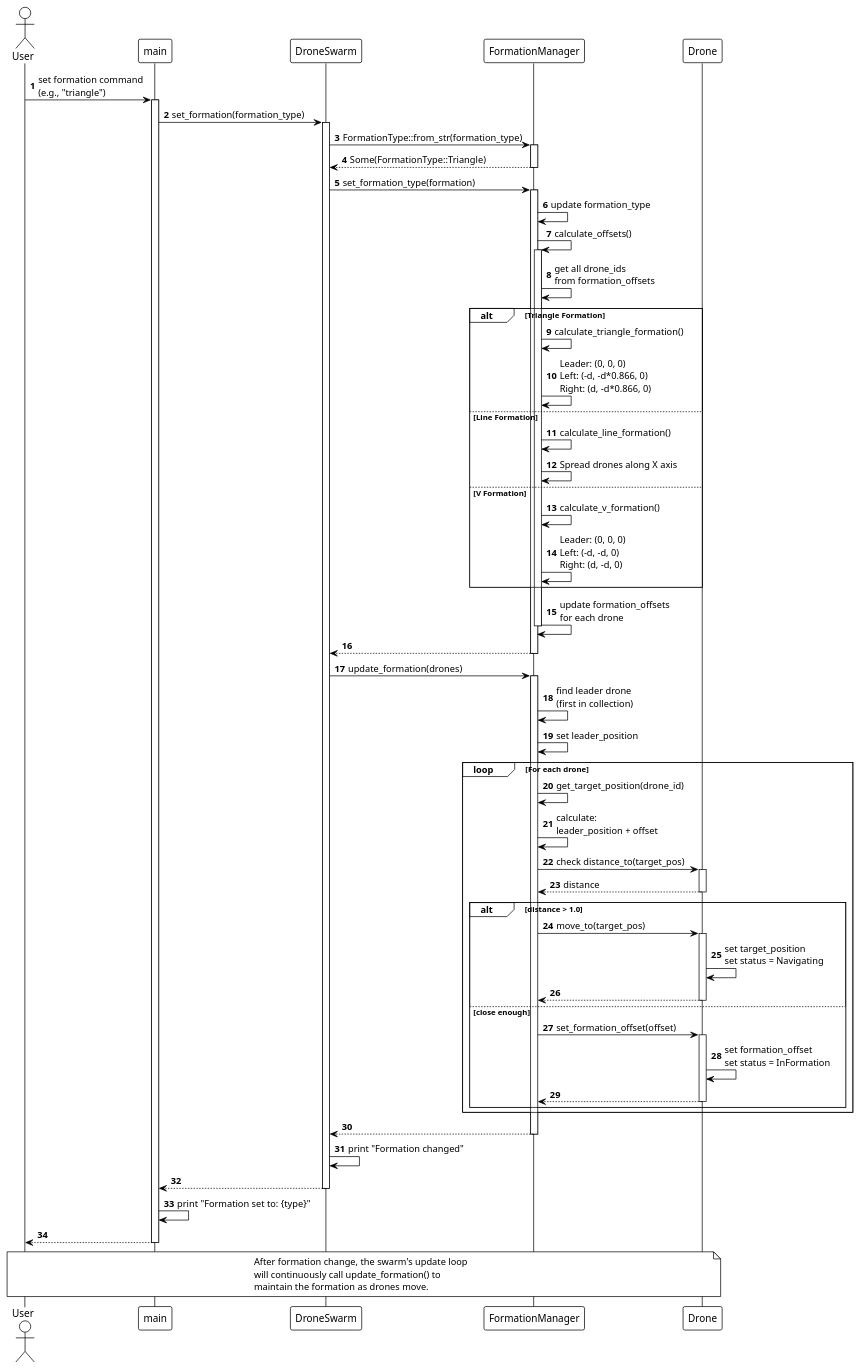
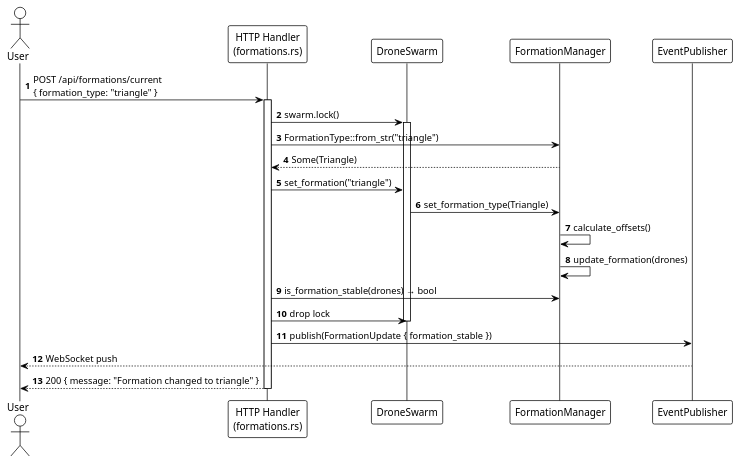
Before and after one commit to xwarzee/uav_in_rust: the fifth of 6 diagrams in doc/software/ARCHITECTURE.md, drawn with PlantUML. The commit also changed other lines of this file and 1 other file, not shown here.

Commit message:
update software architecture document and README

````diff
--- a/doc/software/ARCHITECTURE.md
+++ b/doc/software/ARCHITECTURE.md
@@ -604,94 +529,34 @@
 autonumber
 
 actor User
-participant "main" as Main
+participant "HTTP Handler\n(formations.rs)" as Handler
 participant "DroneSwarm" as Swarm
-participant "FormationManager" as FormMgr
-participant "Drone" as Drone
+participant "FormationManager" as FM
+participant "EventPublisher" as EP
 
-User -> Main: set formation command\n(e.g., "triangle")
-activate Main
+User -> Handler: POST /api/formations/current\n{ formation_type: "triangle" }
+activate Handler
 
-Main -> Swarm: set_formation(formation_type)
+Handler -> Swarm: swarm.lock()
 activate Swarm
 
-Swarm -> FormMgr: FormationType::from_str(formation_type)
-activate FormMgr
-FormMgr --> Swarm: Some(FormationType::Triangle)
-deactivate FormMgr
+Handler -> FM: FormationType::from_str("triangle")
+FM --> Handler: Some(Triangle)
 
-Swarm -> FormMgr: set_formation_type(formation)
-activate FormMgr
+Handler -> Swarm: set_formation("triangle")
+Swarm -> FM: set_formation_type(Triangle)
+FM -> FM: calculate_offsets()
+FM -> FM: update_formation(drones)
 
-FormMgr -> FormMgr: update formation_type
-FormMgr -> FormMgr: calculate_offsets()
-activate FormMgr
-
-FormMgr -> FormMgr: get all drone_ids\nfrom formation_offsets
-
-alt Triangle Formation
-  FormMgr -> FormMgr: calculate_triangle_formation()
-  FormMgr -> FormMgr: Leader: (0, 0, 0)\nLeft: (-d, -d*0.866, 0)\nRight: (d, -d*0.866, 0)
-else Line Formation
-  FormMgr -> FormMgr: calculate_line_formation()
-  FormMgr -> FormMgr: Spread drones along X axis
-else V Formation
-  FormMgr -> FormMgr: calculate_v_formation()
-  FormMgr -> FormMgr: Leader: (0, 0, 0)\nLeft: (-d, -d, 0)\nRight: (d, -d, 0)
-end
-
-FormMgr -> FormMgr: update formation_offsets\nfor each drone
-deactivate FormMgr
-
-FormMgr --> Swarm:
-deactivate FormMgr
-
-Swarm -> FormMgr: update_formation(drones)
-activate FormMgr
-
-FormMgr -> FormMgr: find leader drone\n(first in collection)
-FormMgr -> FormMgr: set leader_position
-
-loop For each drone
-  FormMgr -> FormMgr: get_target_position(drone_id)
-  FormMgr -> FormMgr: calculate:\nleader_position + offset
-
-  FormMgr -> Drone: check distance_to(target_pos)
-  activate Drone
-  Drone --> FormMgr: distance
-  deactivate Drone
-
-  alt distance > 1.0
-    FormMgr -> Drone: move_to(target_pos)
-    activate Drone
-    Drone -> Drone: set target_position\nset status = Navigating
-    Drone --> FormMgr:
-    deactivate Drone
-  else close enough
-    FormMgr -> Drone: set_formation_offset(offset)
-    activate Drone
-    Drone -> Drone: set formation_offset\nset status = InFormation
-    Drone --> FormMgr:
-    deactivate Drone
-  end
-end
-
-FormMgr --> Swarm:
-deactivate FormMgr
-
-Swarm -> Swarm: print "Formation changed"
-Swarm --> Main:
+Handler -> FM: is_formation_stable(drones) → bool
+Handler -> Swarm: drop lock
 deactivate Swarm
 
-Main -> Main: print "Formation set to: {type}"
-Main --> User:
-deactivate Main
+Handler -> EP: publish(FormationUpdate { formation_stable })
+EP --> User: WebSocket push
 
-note over User, Drone
-  After formation change, the swarm's update loop
-  will continuously call update_formation() to
-  maintain the formation as drones move.
-end note
+Handler --> User: 200 { message: "Formation changed to triangle" }
+deactivate Handler
 
 @enduml
 ```
````
